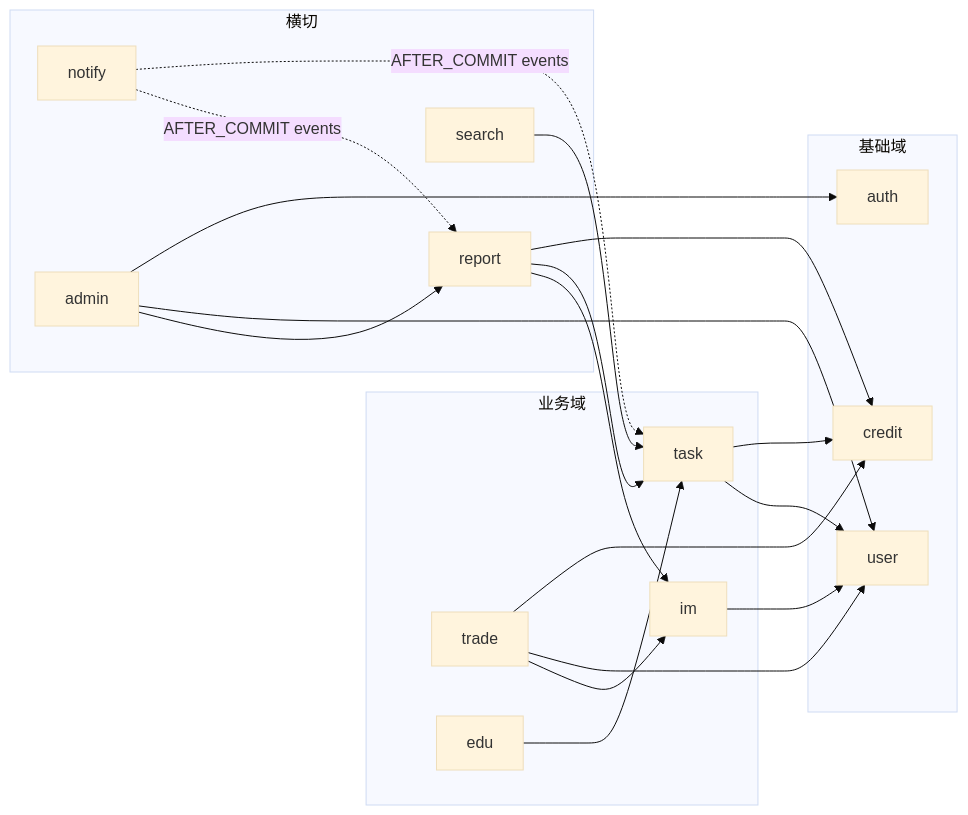
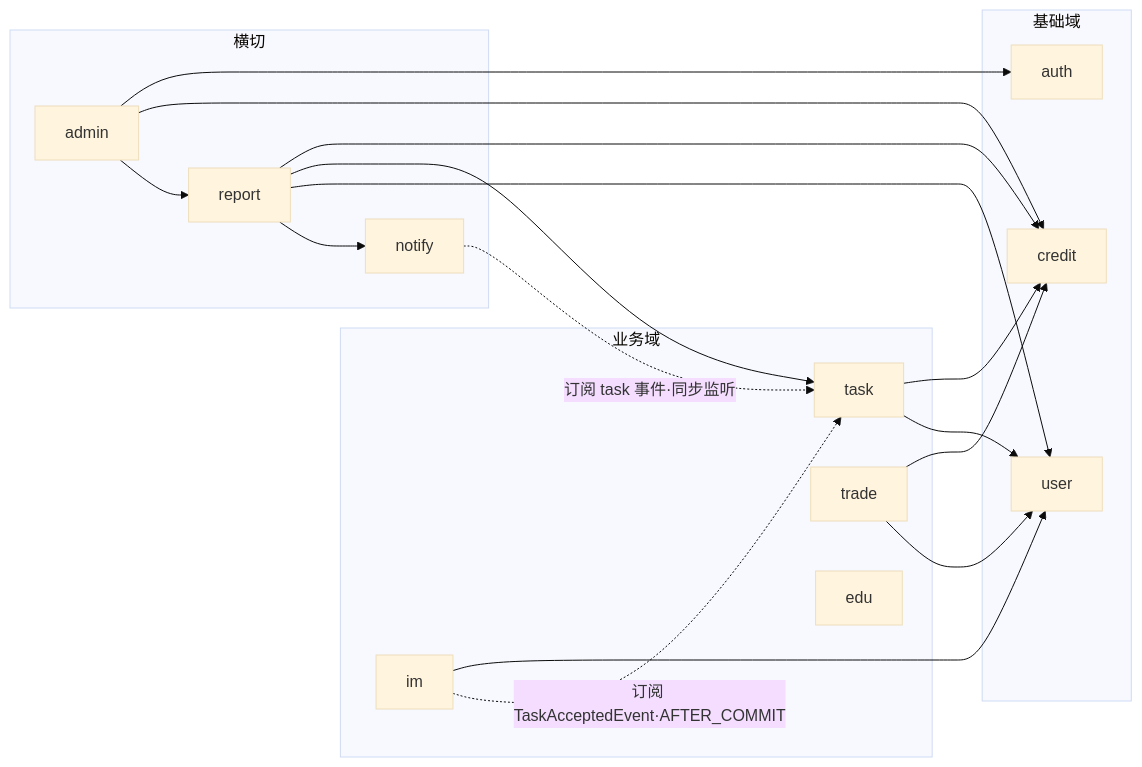
Before and after one commit to HEYWEEN/CampusHub: the seventh of 7 diagrams in docs/P3/04_核心类图.md, drawn with Mermaid (base theme). The commit also changed other lines of this file and 15 other files, not shown here.

````diff
--- a/docs/P3/04_核心类图.md
+++ b/docs/P3/04_核心类图.md
@@ -694,37 +717,34 @@
 ```mermaid
 flowchart LR
   subgraph L2 [业务域]
     task[task]
     trade[trade]
     edu[edu]
     im[im]
   end
   subgraph L1 [基础域]
     auth[auth]
     user[user]
     credit[credit]
   end
   subgraph L3 [横切]
     notify[notify]
     report[report]
     admin[admin]
-    search[search]
   end
 
   task --> credit
   task --> user
   trade --> credit
   trade --> user
-  trade --> im
-  edu --> task
   im --> user
-  notify -.->|AFTER_COMMIT events| task
-  notify -.->|AFTER_COMMIT events| report
+  im -.->|订阅 TaskAcceptedEvent·AFTER_COMMIT| task
+  notify -.->|订阅 task 事件·同步监听| task
   report --> credit
   report --> task
-  report --> im
+  report --> user
+  report --> notify
   admin --> auth
-  admin --> user
+  admin --> credit
   admin --> report
-  search --> task
 ```
````
